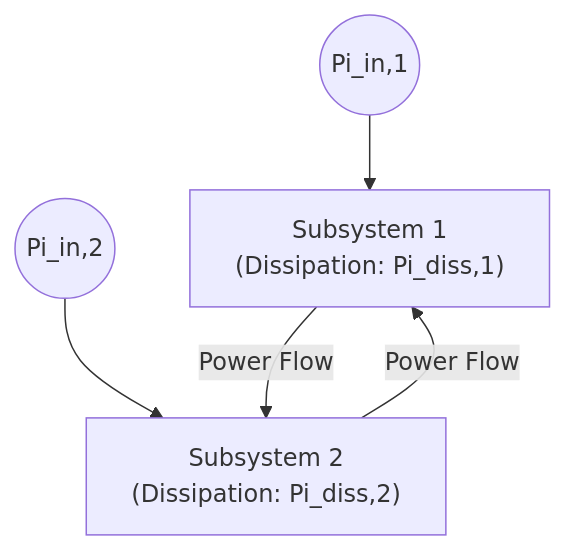
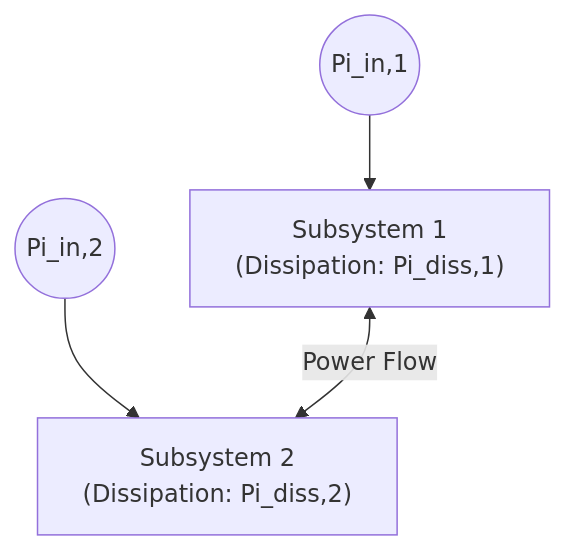
One commit to wemor/SEA-App changed the diagram in docs/manual.md. Above: the diagram before and after it, drawn with Mermaid.

Commit message:
Adjust Mermaid layout to force side-by-side subsystems

````diff
--- a/docs/manual.md
+++ b/docs/manual.md
@@ -43,7 +43,6 @@
 ```mermaid
-graph TD
+flowchart TD
     P1(("Pi_in,1")) --> S1["Subsystem 1<br>(Dissipation: Pi_diss,1)"]
     P2(("Pi_in,2")) --> S2["Subsystem 2<br>(Dissipation: Pi_diss,2)"]
-    S1 -- "Power Flow" --> S2
-    S2 -- "Power Flow" --> S1
+    S1 <-->|"Power Flow"| S2
 ```
````
